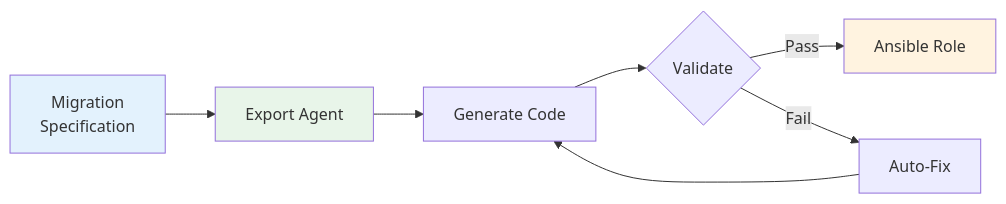
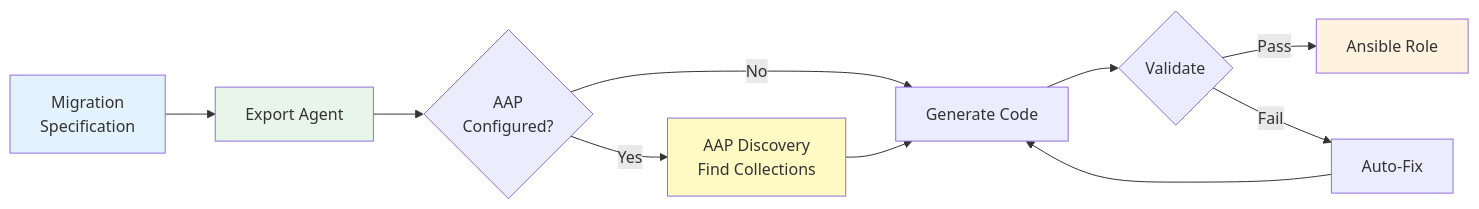
One commit to x2ansible/x2a-convertor changed the first of 6 diagrams in docs/concepts/export-agents.md. Above: the diagram before and after it, drawn with Mermaid. The commit also changed other lines of this file and 7 other files, not shown here.

````diff
--- a/docs/concepts/export-agents.md
+++ b/docs/concepts/export-agents.md
@@ -21,13 +21,17 @@
 ```mermaid
 flowchart LR
     Spec[Migration<br/>Specification] --> Agent[Export Agent]
-    Agent --> Generate[Generate Code]
+    Agent --> Discovery{AAP<br/>Configured?}
+    Discovery -->|Yes| AAP[AAP Discovery<br/>Find Collections]
+    Discovery -->|No| Generate
+    AAP --> Generate[Generate Code]
     Generate --> Validate{Validate}
     Validate -->|Pass| Output[Ansible Role]
     Validate -->|Fail| Fix[Auto-Fix]
     Fix --> Generate
 
     style Spec fill:#e3f2fd
     style Agent fill:#e8f5e9
+    style AAP fill:#fff9c4
     style Output fill:#fff3e0
 ```
````
